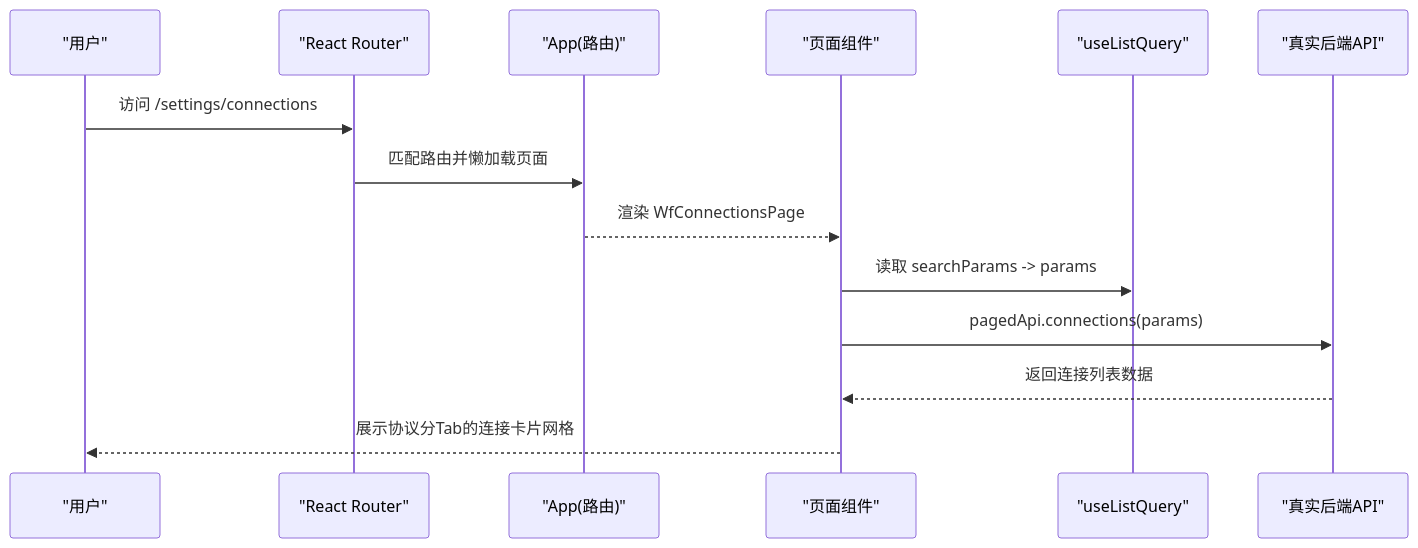
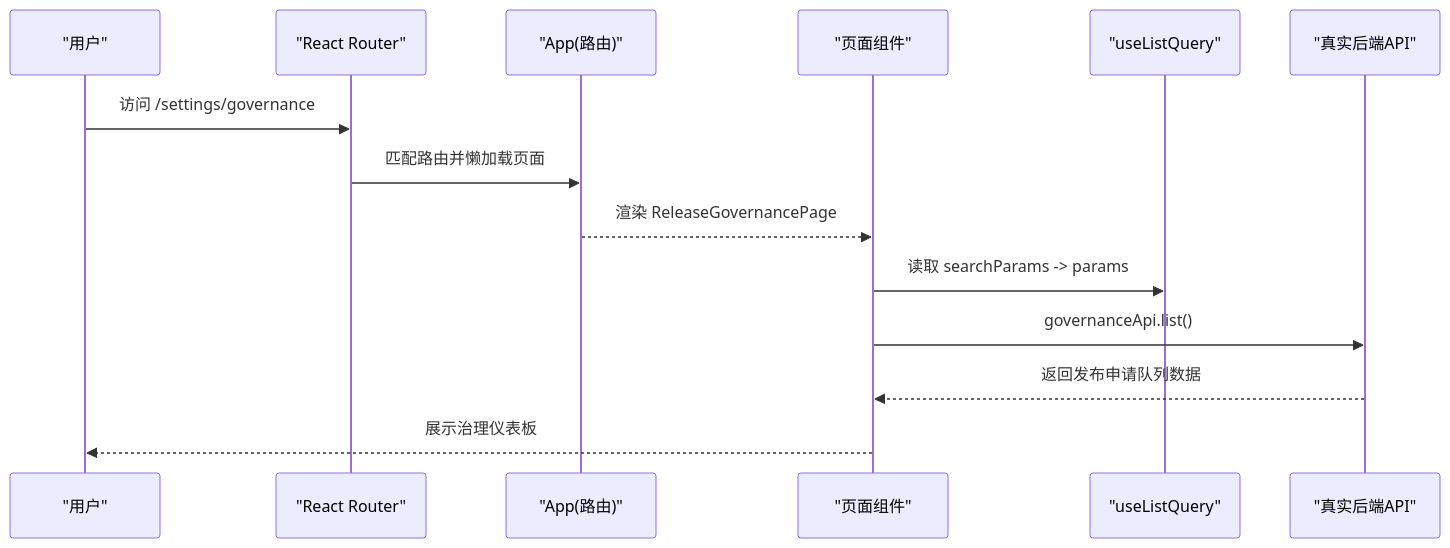
Before and after one commit to huiliuxu780/MoreThanCorn: the first of 11 diagrams in .qoder/repowiki/zh/content/前端架构与页面清单.md, drawn with Mermaid. The commit also changed other lines of this file and 154 other files, not shown here.

````diff
--- a/.qoder/repowiki/zh/content/前端架构与页面清单.md
+++ b/.qoder/repowiki/zh/content/前端架构与页面清单.md
@@ -61,16 +69,16 @@
 ```mermaid
 sequenceDiagram
 participant U as "用户"
 participant R as "React Router"
 participant A as "App(路由)"
 participant P as "页面组件"
 participant H as "useListQuery"
 participant S as "真实后端API"
-U->>R : 访问 /settings/connections
+U->>R : 访问 /settings/governance
 R->>A : 匹配路由并懒加载页面
-A-->>P : 渲染 WfConnectionsPage
+A-->>P : 渲染 ReleaseGovernancePage
 P->>H : 读取 searchParams -> params
-P->>S : pagedApi.connections(params)
-S-->>P : 返回连接列表数据
-P-->>U : 展示协议分Tab的连接卡片网格
+P->>S : governanceApi.list()
+S-->>P : 返回发布申请队列数据
+P-->>U : 展示治理仪表板
 ```
````
